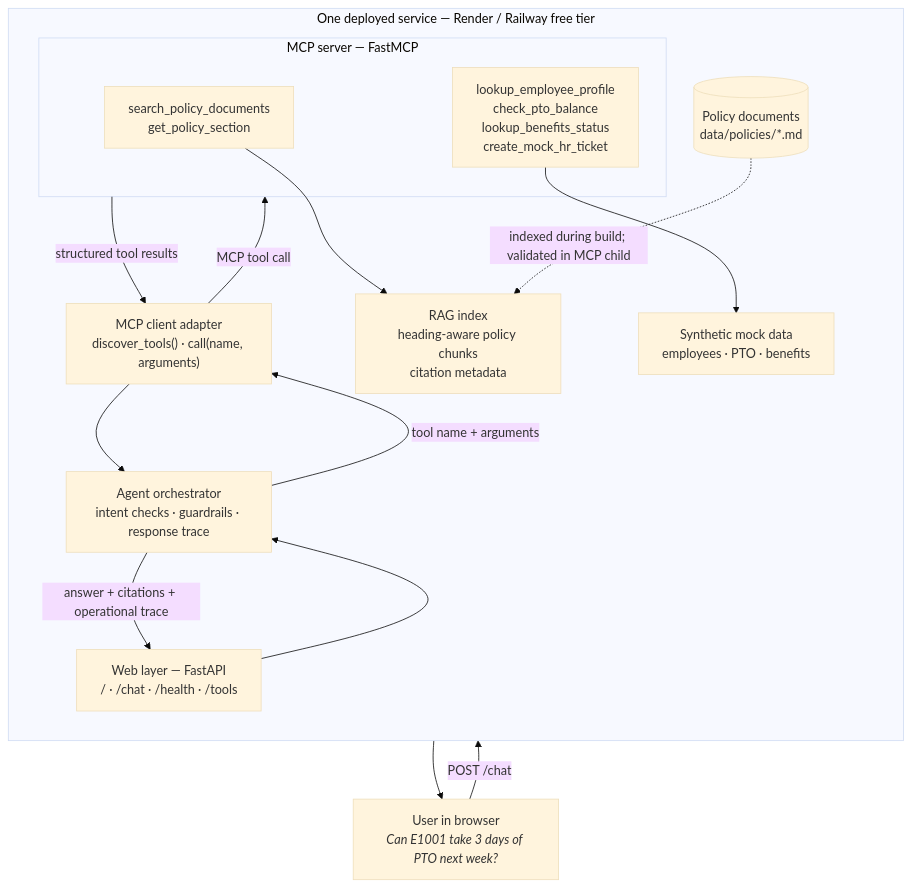
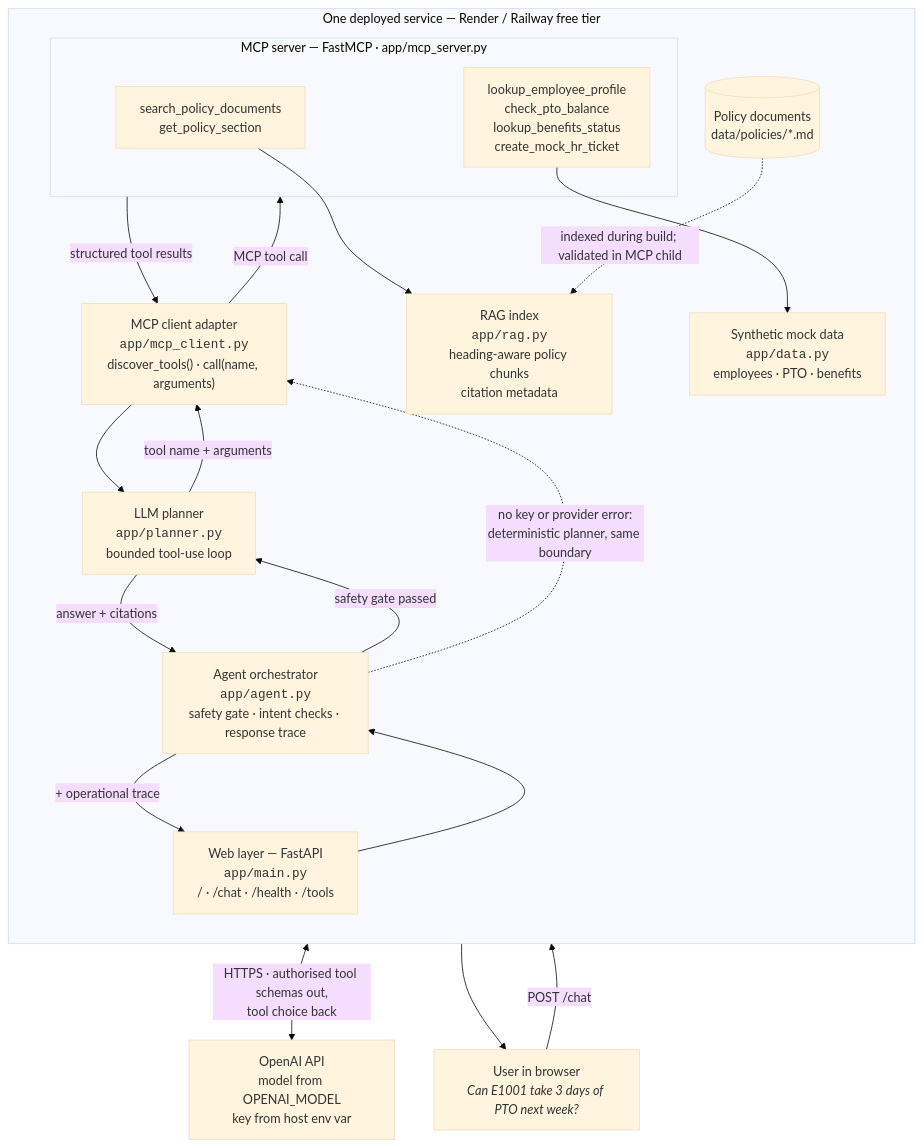
One commit to mehdihamid1/prj changed the first of 2 diagrams in design-and-evaluation.md. Above: the diagram before and after it, drawn with Mermaid (base theme). The commit also changed other lines of this file and 1 other file, not shown here.

Commit message:
Show the LLM call and the owning modules on the architecture diagram
The architecture diagram had no LLM node at all: it drew the request
reaching the orchestrator and then going straight to MCP, which hid the
one decision that makes the system agentic. A presenter narrating the
planner had nothing to point at.

Split the orchestrator into agent.py (safety gate, runs before any
model) and planner.py (the bounded tool-use loop), add the OpenAI API
with a two-way schemas-out/tool-choice-back edge, and draw the
deterministic fallback as a dotted edge reaching the same MCP client so
the boundary reads as identical on both paths. Label each block with
the module that implements it.

The text-only fallback diagram is updated to match, and speaker 1's
card now points at the new planner and fallback edges. Both mermaid
blocks parse; layout is unverified as rendering needs a browser.

````diff
--- a/design-and-evaluation.md
+++ b/design-and-evaluation.md
@@ -5,32 +5,39 @@
 ```mermaid
 flowchart TB
     user["User in browser<br/><i>Can E1001 take 3 days of PTO next week?</i>"]
 
     subgraph service["One deployed service — Render / Railway free tier"]
         direction TB
-        web["Web layer — FastAPI<br/>/ · /chat · /health · /tools"]
-        agent["Agent orchestrator<br/>intent checks · guardrails · response trace"]
-        client["MCP client adapter<br/>discover_tools() · call(name, arguments)"]
+        web["Web layer — FastAPI<br/><code>app/main.py</code><br/>/ · /chat · /health · /tools"]
+        agent["Agent orchestrator<br/><code>app/agent.py</code><br/>safety gate · intent checks · response trace"]
+        plan["LLM planner<br/><code>app/planner.py</code><br/>bounded tool-use loop"]
+        client["MCP client adapter<br/><code>app/mcp_client.py</code><br/>discover_tools() · call(name, arguments)"]
 
-        subgraph mcp["MCP server — FastMCP"]
+        subgraph mcp["MCP server — FastMCP · app/mcp_server.py"]
             policyTool["search_policy_documents<br/>get_policy_section"]
             dataTool["lookup_employee_profile<br/>check_pto_balance<br/>lookup_benefits_status<br/>create_mock_hr_ticket"]
         end
 
-        rag["RAG index<br/>heading-aware policy chunks<br/>citation metadata"]
-        records["Synthetic mock data<br/>employees · PTO · benefits"]
+        rag["RAG index<br/><code>app/rag.py</code><br/>heading-aware policy chunks<br/>citation metadata"]
+        records["Synthetic mock data<br/><code>app/data.py</code><br/>employees · PTO · benefits"]
         corpus[("Policy documents<br/>data/policies/*.md")]
     end
 
+    llm["OpenAI API<br/>model from OPENAI_MODEL<br/>key from host env var"]
+
     user -->|"POST /chat"| web
     web --> agent
-    agent -->|"tool name + arguments"| client
+    agent -->|"safety gate passed"| plan
+    plan <-->|"HTTPS · authorised tool schemas out,<br/>tool choice back"| llm
+    plan -->|"tool name + arguments"| client
+    agent -. "no key or provider error:<br/>deterministic planner, same boundary" .-> client
     client -->|"MCP tool call"| mcp
     policyTool --> rag
     dataTool --> records
     corpus -. "indexed during build; validated in MCP child" .-> rag
     mcp -->|"structured tool results"| client
-    client --> agent
-    agent -->|"answer + citations + operational trace"| web
+    client --> plan
+    plan -->|"answer + citations"| agent
+    agent -->|"+ operational trace"| web
     web --> user
 ```
````
